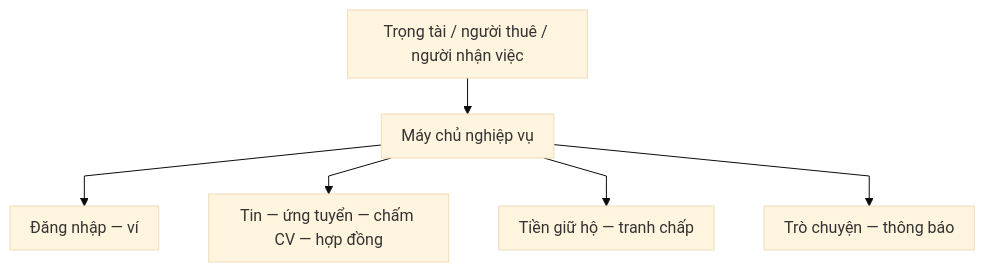
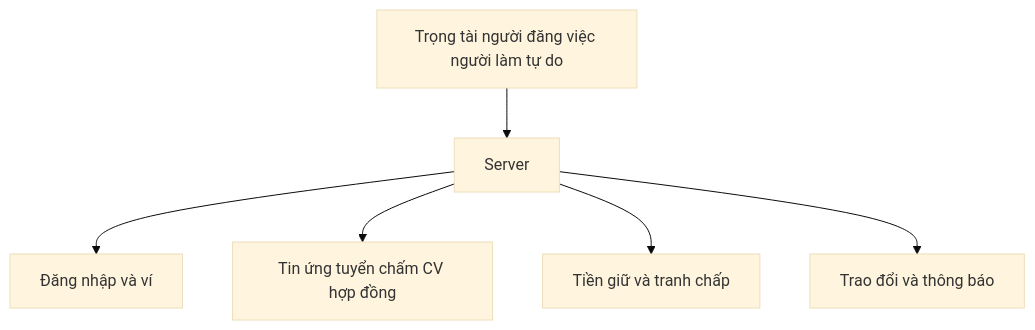
One commit to dmt041104111003/docs-nckh changed the second of 3 diagrams in architecture.md. Above: the diagram before and after it, drawn with Mermaid (base theme). The commit also changed other lines of this file and 8 other files, not shown here.

````diff
--- a/architecture.md
+++ b/architecture.md
@@ -53,9 +31,8 @@
 ```mermaid
-%%{init: {"flowchart": {"curve": "linear", "padding": 10, "rankSpacing": 36}}}%%
 flowchart TB
-  User[Trọng tài / người thuê / người nhận việc] --> MayNv[Máy chủ nghiệp vụ]
-  MayNv --> A1[Đăng nhập — ví]
-  MayNv --> A2[Tin — ứng tuyển — chấm CV — hợp đồng]
-  MayNv --> A3[Tiền giữ hộ — tranh chấp]
-  MayNv --> A4[Trò chuyện — thông báo]
+  User[Trọng tài người đăng việc người làm tự do] --> MayNv[Server]
+  MayNv --> A1[Đăng nhập và ví]
+  MayNv --> A2[Tin ứng tuyển chấm CV hợp đồng]
+  MayNv --> A3[Tiền giữ và tranh chấp]
+  MayNv --> A4[Trao đổi và thông báo]
 ```
````
